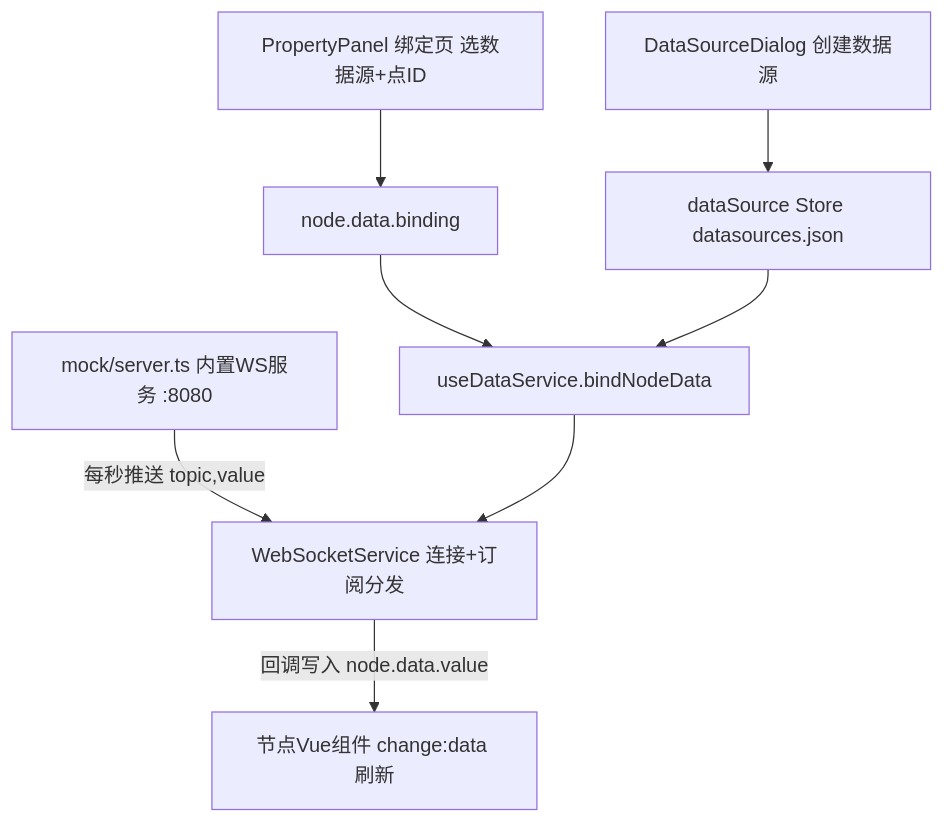
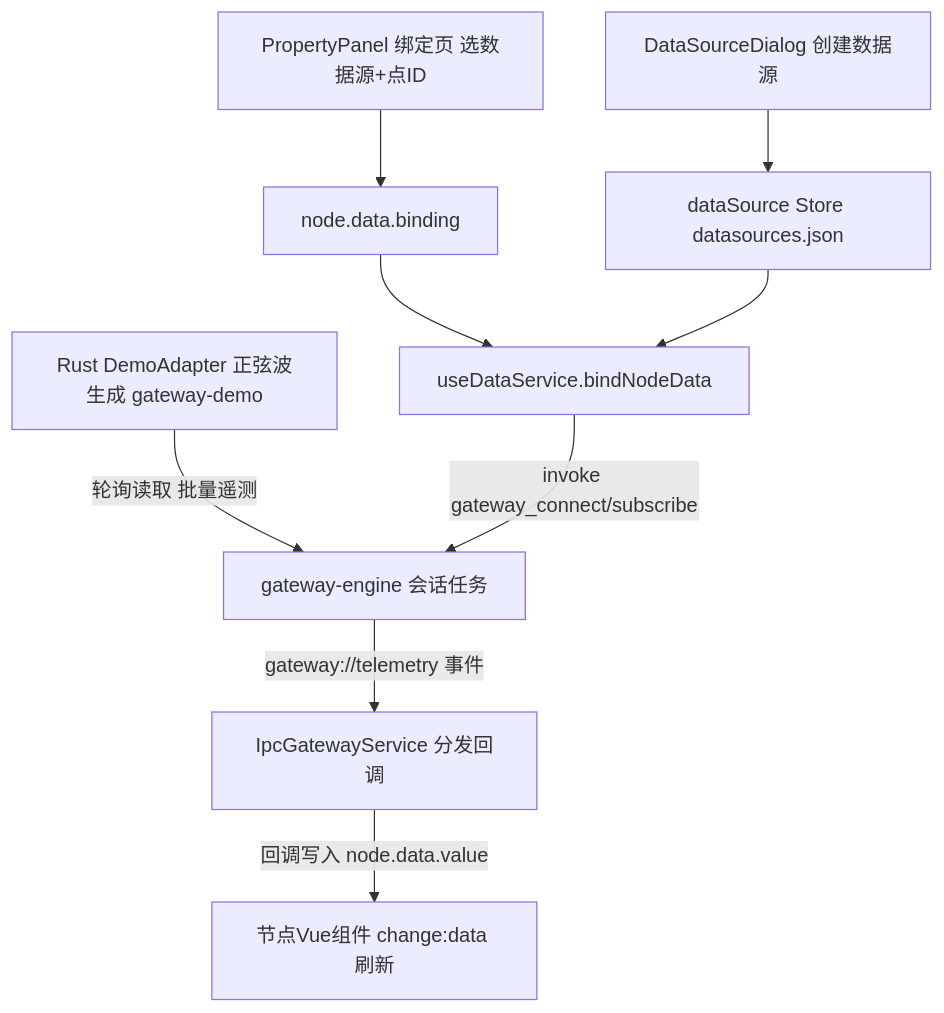
Before and after one commit to mytherf/roc-wes: the diagram in docs/数据源手册/websocket/内置 WebSocket 数据源的流程.md, drawn with Mermaid. The commit also changed other lines of this file and 9 other files, not shown here.

````diff
--- a/docs/数据源手册/websocket/内置 WebSocket 数据源的流程.md
+++ b/docs/数据源手册/websocket/内置 WebSocket 数据源的流程.md
@@ -6,10 +8,11 @@
 ```mermaid
 graph TB
-    A[mock/server.ts 内置WS服务 :8080] -->|每秒推送 topic,value| B[WebSocketService 连接+订阅分发]
-    C[DataSourceDialog 创建数据源] --> D[dataSource Store datasources.json]
-    E[PropertyPanel 绑定页 选数据源+点ID] --> F[node.data.binding]
-    F --> G[useDataService.bindNodeData]
-    D --> G
-    G --> B
-    B -->|回调写入 node.data.value| H[节点Vue组件 change:data 刷新]
+    A[Rust DemoAdapter 正弦波生成 gateway-demo] -->|轮询读取 批量遥测| B[gateway-engine 会话任务]
+    B -->|gateway://telemetry 事件| C[IpcGatewayService 分发回调]
+    D[DataSourceDialog 创建数据源] --> E[dataSource Store datasources.json]
+    F[PropertyPanel 绑定页 选数据源+点ID] --> G[node.data.binding]
+    G --> H[useDataService.bindNodeData]
+    E --> H
+    H -->|invoke gateway_connect/subscribe| B
+    C -->|回调写入 node.data.value| I[节点Vue组件 change:data 刷新]
 ```
````
